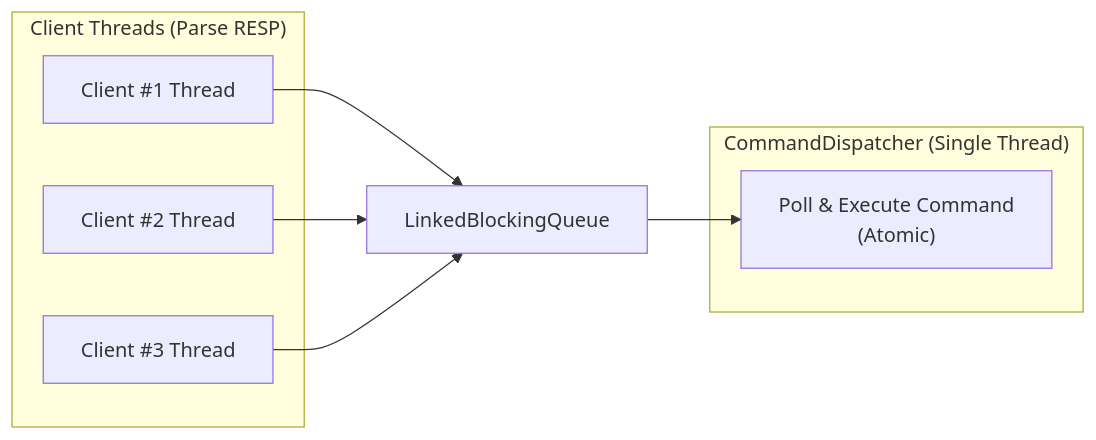
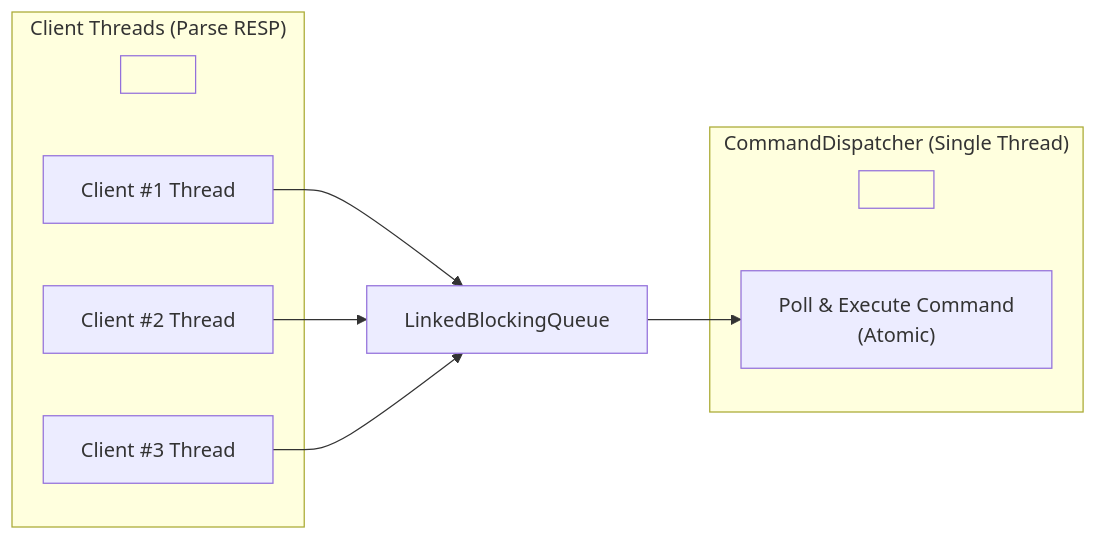
The diagram in README.md (AmineMaila/RedJ), drawn with Mermaid before and after one commit.

Commit message:
Update README with flowchart for client threads
Added a flowchart to illustrate client threads and command dispatcher.

````diff
--- a/README.md
+++ b/README.md
@@ -36,20 +36,23 @@
 ```mermaid
 flowchart LR
     subgraph Clients["Client Threads (Parse RESP)"]
+        S1[" "]:::spacer
         C1["Client #1 Thread"]
         C2["Client #2 Thread"]
         C3["Client #3 Thread"]
     end
 
     Q["LinkedBlockingQueue"]
 
     subgraph Dispatcher["CommandDispatcher (Single Thread)"]
+        S2[" "]:::spacer
         D["Poll & Execute Command\n(Atomic)"]
     end
 
     C1 --> Q
     C2 --> Q
     C3 --> Q
+    Q --> D
 
-    Q --> D
+    classDef spacer fill:transparent,stroke:
 ```
````
